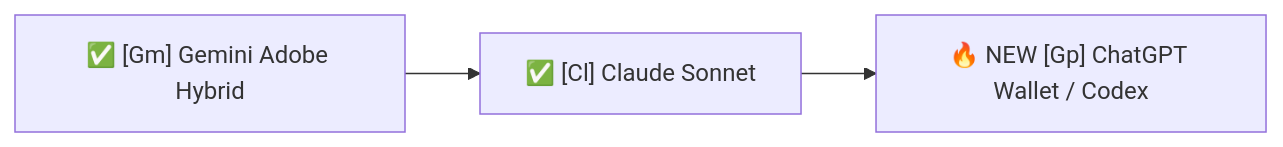
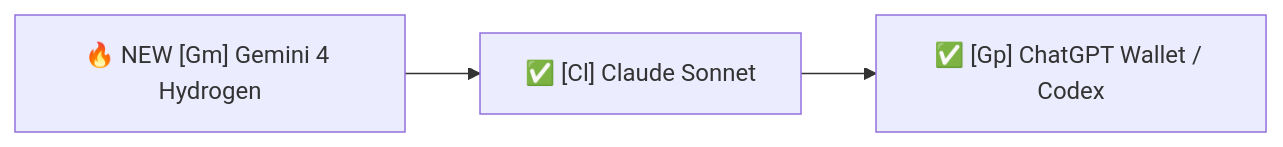
The first of 3 diagrams in README.md (NutCodeLaw/cyber-paparazzi), drawn with Mermaid before and after one commit. The commit also changed other lines of this file and 9 other files, not shown here.

````diff
--- a/README.md
+++ b/README.md
@@ -41,7 +41,7 @@
 ```mermaid
 flowchart LR
-    E0["✅ [Gm] Gemini Adobe Hybrid"]
+    E0["🔥 NEW [Gm] Gemini 4 Hydrogen"]
     E1["✅ [Cl] Claude Sonnet"]
-    E2["🔥 NEW [Gp] ChatGPT Wallet / Codex"]
+    E2["✅ [Gp] ChatGPT Wallet / Codex"]
     E0 --> E1 --> E2
 ```
````
